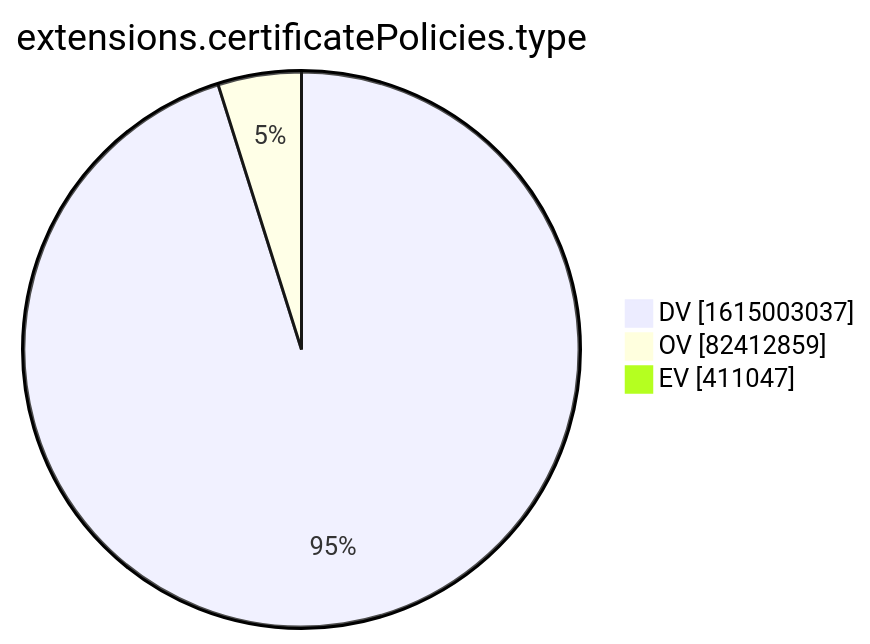
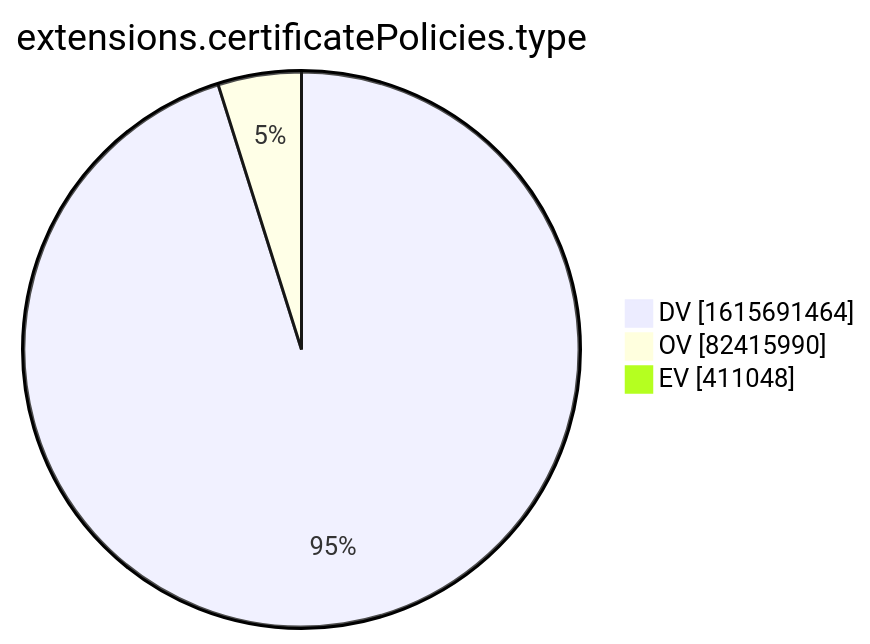
Before and after one commit to christiankrug/ctmonitor_visualization: the tenth of 15 diagrams in xenon2022/README.md, drawn with Mermaid. The commit also changed other lines of this file, not shown here.

````diff
--- a/xenon2022/README.md
+++ b/xenon2022/README.md
@@ -2878,7 +2878,7 @@
 ```mermaid
 pie showData
 title extensions.certificatePolicies.type
-"DV" :1615003037
-"OV" :82412859
-"EV" :411047
+"DV" :1615691464
+"OV" :82415990
+"EV" :411048
 ```
````
